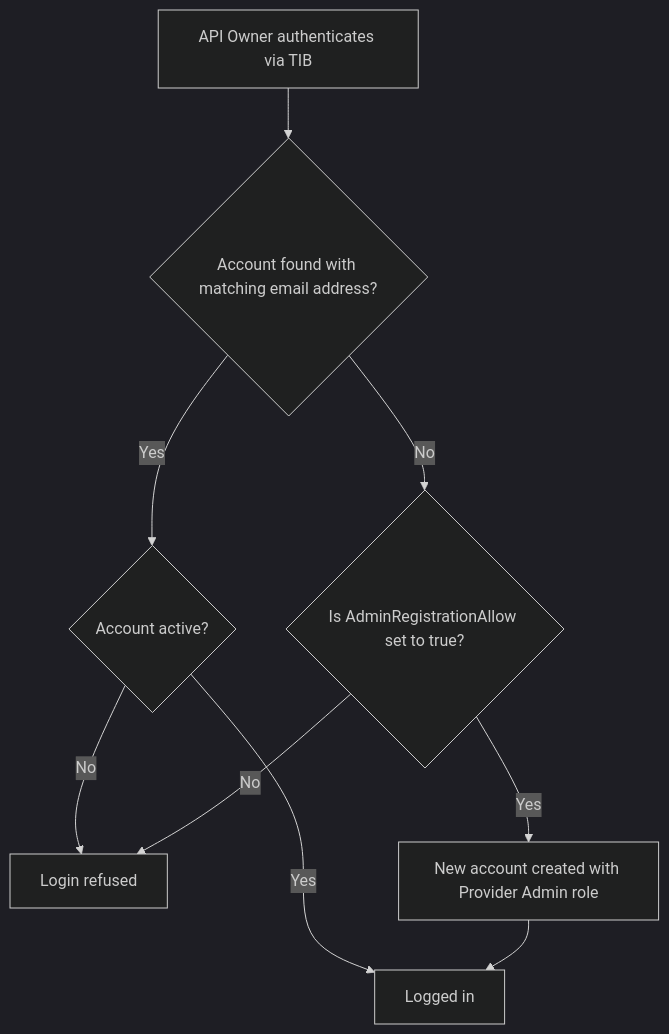
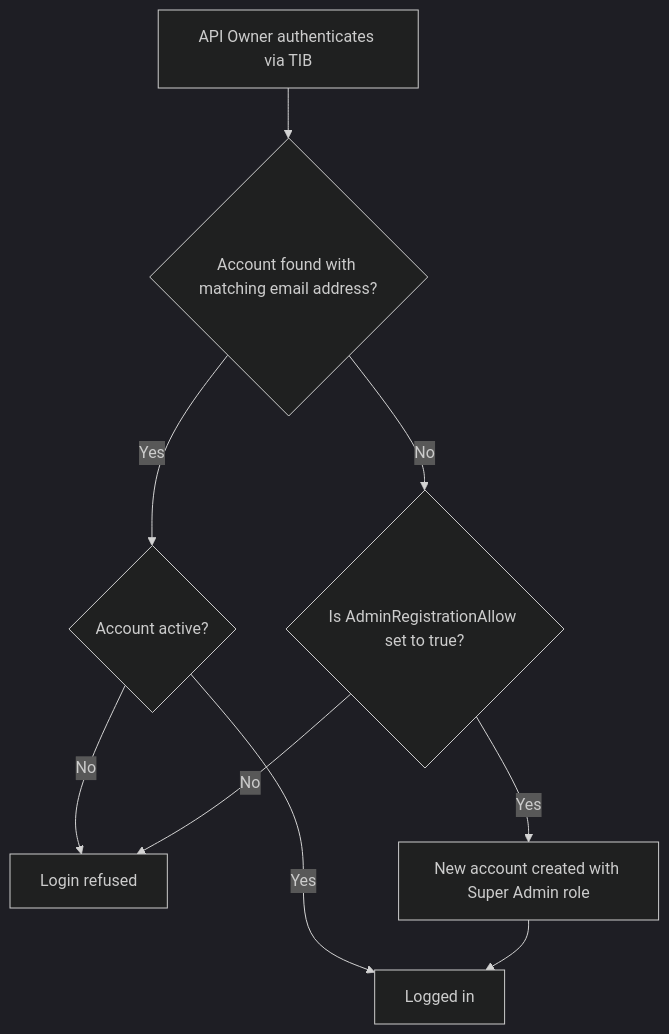
Before and after one commit to TykTechnologies/tyk-docs: the second of 5 diagrams in tyk-stack/tyk-developer-portal/enterprise-developer-portal/managing-access/enable-sso.mdx, drawn with Mermaid (dark theme). The commit also changed other lines of this file, not shown here.

First line of the commit message:
[TT-18968] Use the Admin Portal role names on the Enable SSO page

````diff
--- a/tyk-stack/tyk-developer-portal/enterprise-developer-portal/managing-access/enable-sso.mdx
+++ b/tyk-stack/tyk-developer-portal/enterprise-developer-portal/managing-access/enable-sso.mdx
@@ -76,11 +76,11 @@
 ```mermaid
 flowchart TD
     A[API Owner authenticates via TIB] --> B{Account found with matching email address?}
     B -- Yes --> C{Account active?}
     B -- No --> D{Is AdminRegistrationAllow set to true?}
     C -- Yes --> E[Logged in]
     C -- No --> F[Login refused]
-    D -- Yes --> G[New account created with Provider Admin role]
+    D -- Yes --> G[New account created with Super Admin role]
     G --> E
     D -- No --> F
 ```
````
